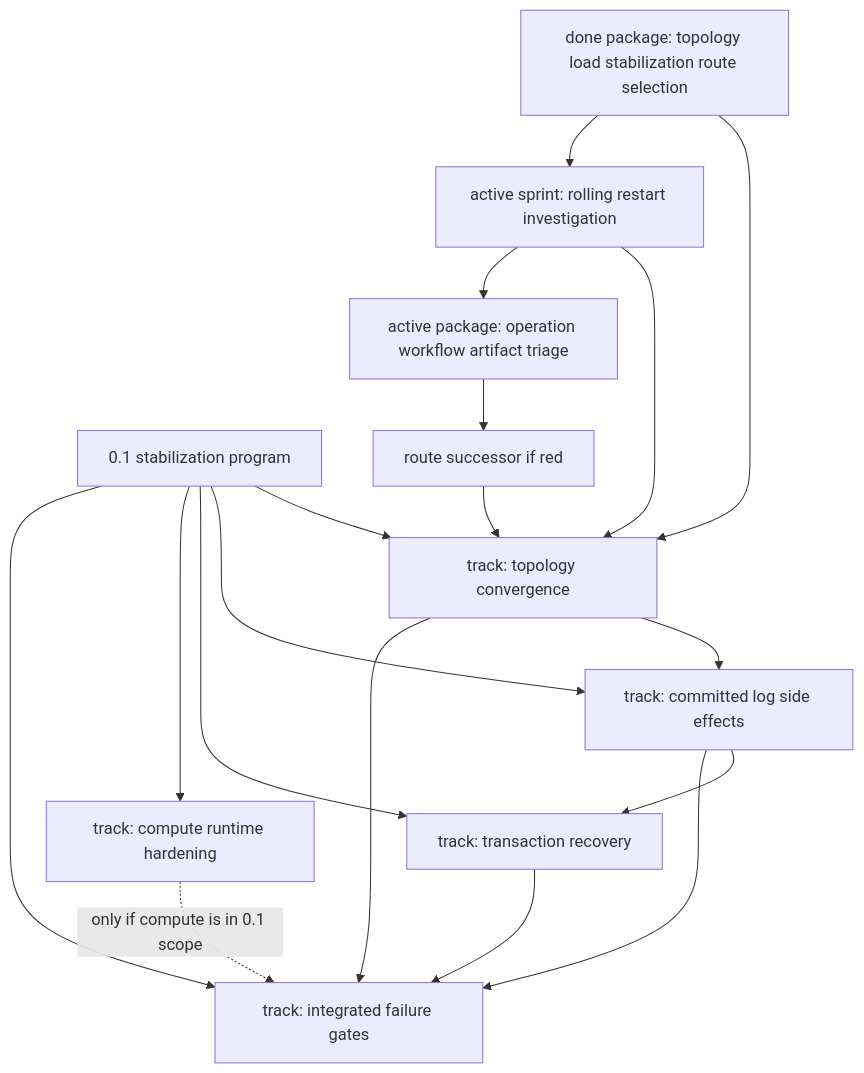
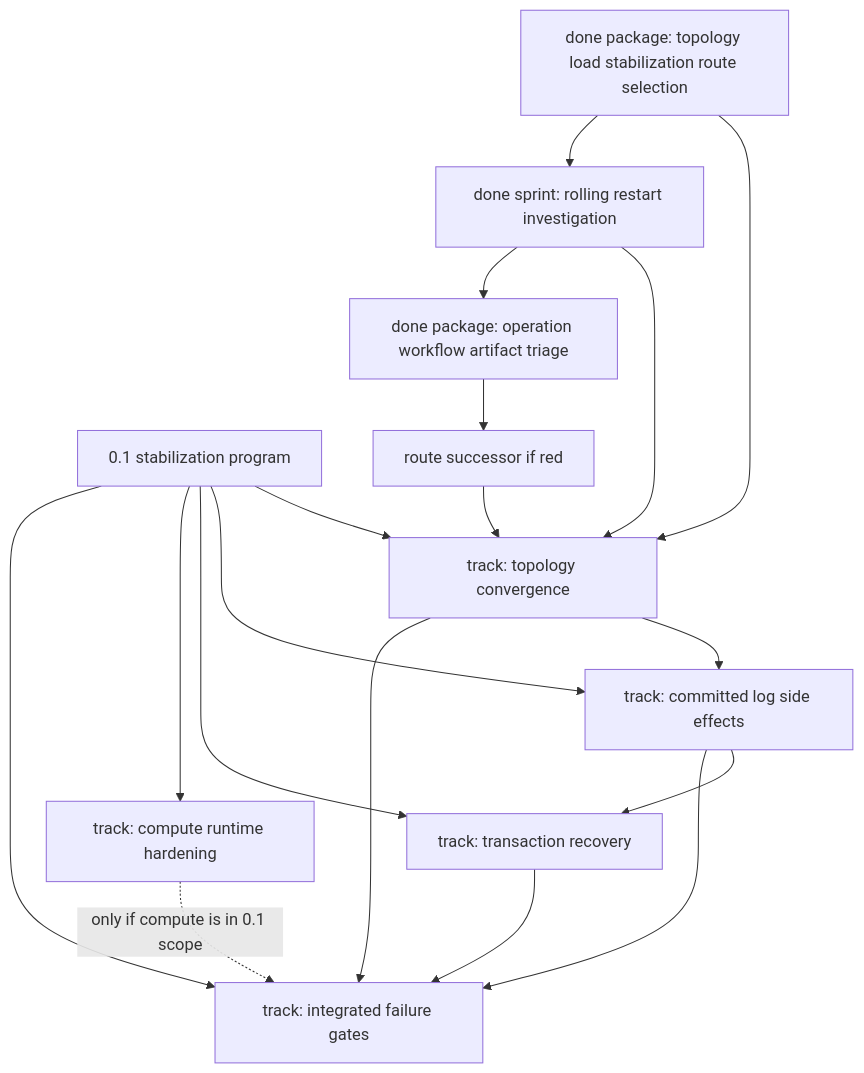
The diagram in work/releases/0.1-dependency-map.md (psvensson/lagrange), drawn with Mermaid before and after one commit. The commit also changed other lines of this file and 8 other files, not shown here.

Commit message:
close: done-20260526-workflow-publish-transaction-hardening.md

````diff
--- a/work/releases/0.1-dependency-map.md
+++ b/work/releases/0.1-dependency-map.md
@@ -47,33 +47,33 @@
 ```mermaid
 flowchart TD
   release["0.1 stabilization program"]
   topo["track: topology convergence"]
   sidefx["track: committed log side effects"]
   tx["track: transaction recovery"]
   compute["track: compute runtime hardening"]
   gates["track: integrated failure gates"]
   route["done package: topology load stabilization route selection"]
-  sprint["active sprint: rolling restart investigation"]
-  gate["active package: operation workflow artifact triage"]
+  sprint["done sprint: rolling restart investigation"]
+  gate["done package: operation workflow artifact triage"]
   workflow["route successor if red"]
 
   release --> topo
   release --> sidefx
   release --> tx
   release --> compute
   release --> gates
 
   route --> topo
   route --> sprint
   sprint --> topo
   sprint --> gate
   gate --> workflow
   workflow --> topo
 
   topo --> sidefx
   sidefx --> tx
   topo --> gates
   sidefx --> gates
   tx --> gates
   compute -. "only if compute is in 0.1 scope" .-> gates
 ```
````
